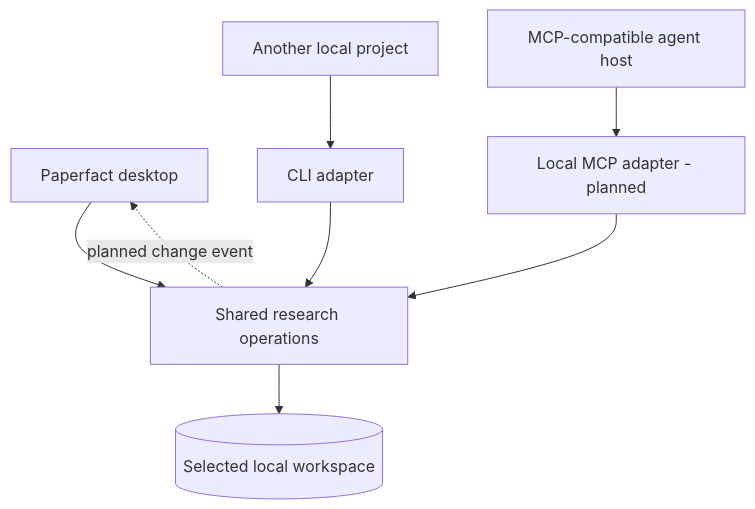
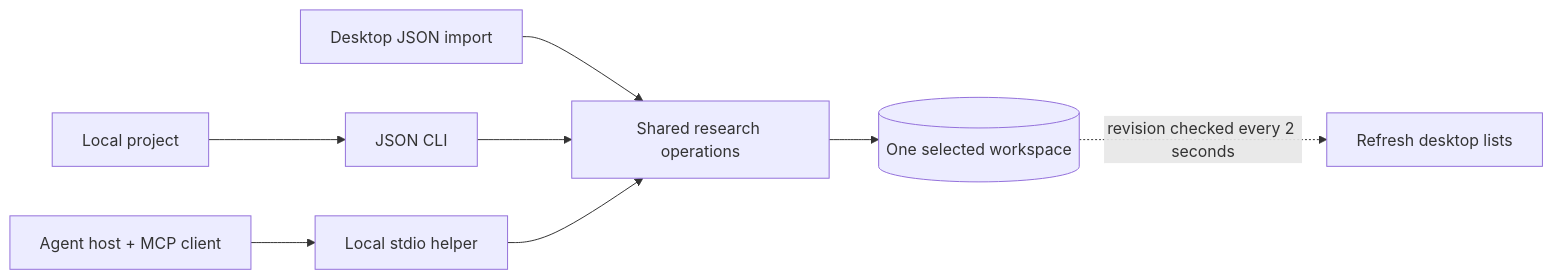
One commit to puddings-world/Paperfact changed the first of 2 diagrams in docs/local-integration.md. Above: the diagram before and after it, drawn with Mermaid. The commit also changed other lines of this file and 35 other files, not shown here.

Commit message:
Add shared local CLI and MCP integration for Paperfact 0.3.0

````diff
--- a/docs/local-integration.md
+++ b/docs/local-integration.md
@@ -17,10 +44,8 @@
 ```mermaid
-flowchart TB
-    UI["Paperfact desktop"] --> Core["Shared research operations"]
-    Script["Another local project"] --> CLI["CLI adapter"]
-    CLI --> Core
-    Host["MCP-compatible agent host"] --> MCP["Local MCP adapter - planned"]
-    MCP --> Core
-    Core --> DB[("Selected local workspace")]
-    Core -. "planned change event" .-> UI
+flowchart LR
+    UI["Desktop JSON import"] --> Core["Shared research operations"]
+    Script["Local project"] --> CLI["JSON CLI"] --> Core
+    Host["Agent host + MCP client"] --> MCP["Local stdio helper"] --> Core
+    Core --> DB[("One selected workspace")]
+    DB -. "revision checked every 2 seconds" .-> Refresh["Refresh desktop lists"]
 ```
````
